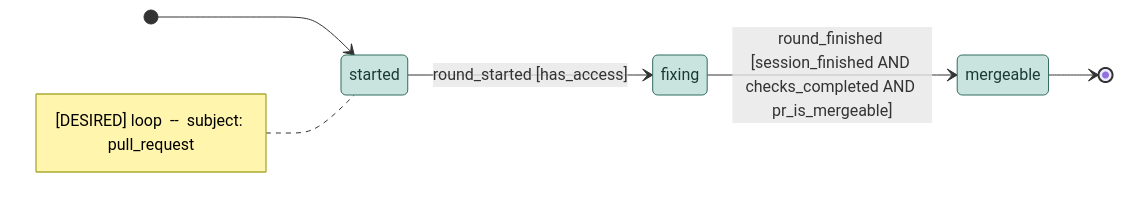
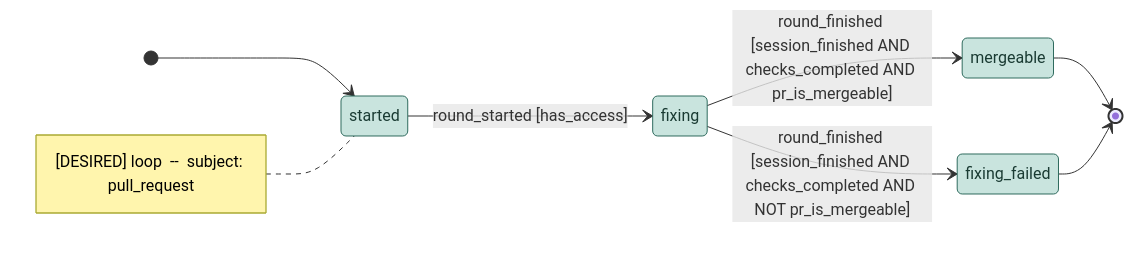
The diagram in .github/conveyor-model/mermaid/desired/loop.mmd (kostiantyn-matsebora/agent-ops-operator), drawn with Mermaid before and after one commit. The commit also changed 1 other file, not shown here.

Commit message:
feat(conveyor): fixing branches to fixing_failed on NOT pr_is_mergeable
Same trigger (round_finished) and first two guard clauses as the
mergeable path, differing only in the mergeability clause flipped --
session_finished AND checks_completed AND NOT pr_is_mergeable.

```diff
--- a/.github/conveyor-model/mermaid/desired/loop.mmd
+++ b/.github/conveyor-model/mermaid/desired/loop.mmd
@@ -1,15 +1,18 @@
 stateDiagram-v2
     direction LR
     [*] --> started
     note left of started
         [DESIRED] loop  --  subject: pull_request
     end note
     classDef stationState fill:#e8d5b5,stroke:#8a6d3b,color:#4a3b1f
     classDef loopState fill:#c9e4de,stroke:#2f6b5e,color:#1a3b33
     state started
     state fixing
     state mergeable
+    state fixing_failed
     started --> fixing : round_started [has_access]
     fixing --> mergeable : round_finished [session_finished AND checks_completed AND pr_is_mergeable]
+    fixing --> fixing_failed : round_finished [session_finished AND checks_completed AND NOT pr_is_mergeable]
     mergeable --> [*]
-    class started, fixing, mergeable loopState
+    fixing_failed --> [*]
+    class started, fixing, mergeable, fixing_failed loopState
```
